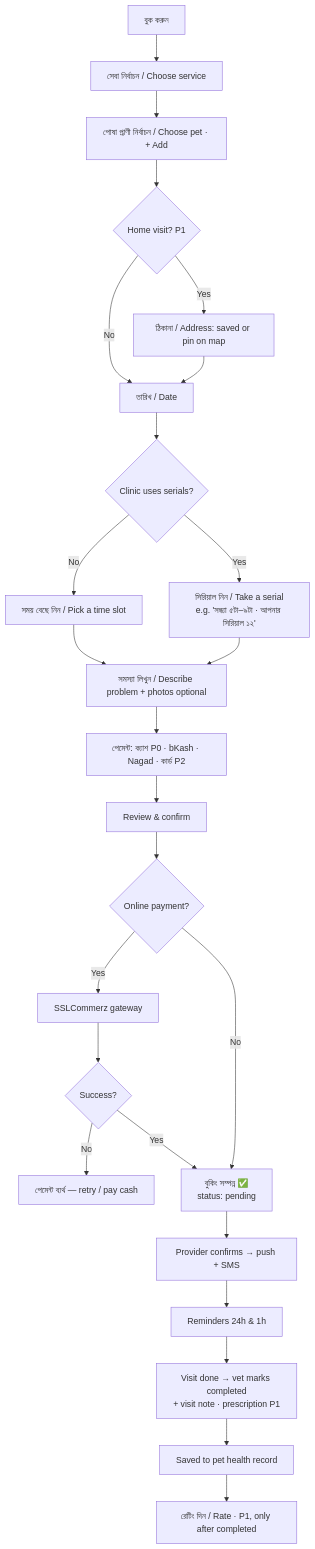
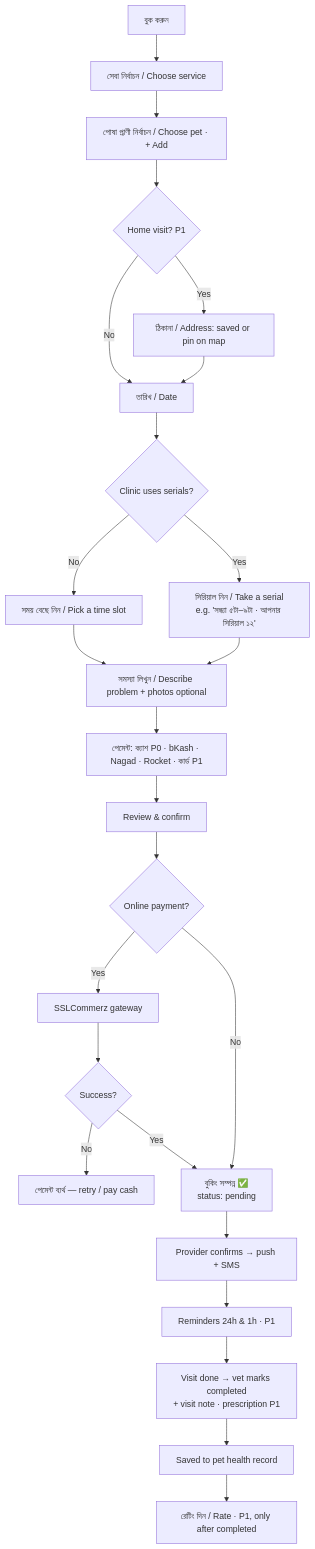
One commit to afridi2003-maverick/Pranora changed the fourth of 8 diagrams in docs/app-flow.md. Above: the diagram before and after it, drawn with Mermaid. The commit also changed other lines of this file and 8 other files, not shown here.

````diff
--- a/docs/app-flow.md
+++ b/docs/app-flow.md
@@ -151,25 +151,25 @@
 ```mermaid
 flowchart TD
   B0[বুক করুন] --> B1[সেবা নির্বাচন / Choose service]
   B1 --> B2[পোষা প্রাণী নির্বাচন / Choose pet · + Add]
   B2 --> B3{Home visit? P1}
   B3 -- Yes --> ADDR[ঠিকানা / Address: saved or pin on map]
   B3 -- No --> B4
   ADDR --> B4[তারিখ / Date]
   B4 --> B4M{Clinic uses serials?}
   B4M -- No --> B4S[সময় বেছে নিন / Pick a time slot]
   B4M -- Yes --> B4N[সিরিয়াল নিন / Take a serial<br/>e.g. 'সন্ধ্যা ৫টা–৯টা · আপনার সিরিয়াল ১২']
   B4S & B4N --> B5[সমস্যা লিখুন / Describe problem + photos optional]
-  B5 --> B6[পেমেন্ট: ক্যাশ P0 · bKash · Nagad · কার্ড P2]
+  B5 --> B6[পেমেন্ট: ক্যাশ P0 · bKash · Nagad · Rocket · কার্ড P1]
   B6 --> B7[Review & confirm]
   B7 --> B8{Online payment?}
   B8 -- Yes --> GW[SSLCommerz gateway] --> IPN{Success?}
   IPN -- No --> FAIL[পেমেন্ট ব্যর্থ — retry / pay cash]
   IPN -- Yes --> OK
   B8 -- No --> OK[বুকিং সম্পন্ন ✅<br/>status: pending]
   OK --> CONF[Provider confirms → push + SMS]
-  CONF --> REM[Reminders 24h & 1h]
+  CONF --> REM[Reminders 24h & 1h · P1]
   REM --> VISIT[Visit done → vet marks completed<br/>+ visit note · prescription P1]
   VISIT --> REC[Saved to pet health record]
   REC --> RATE[রেটিং দিন / Rate · P1, only after completed]
 ```
````
